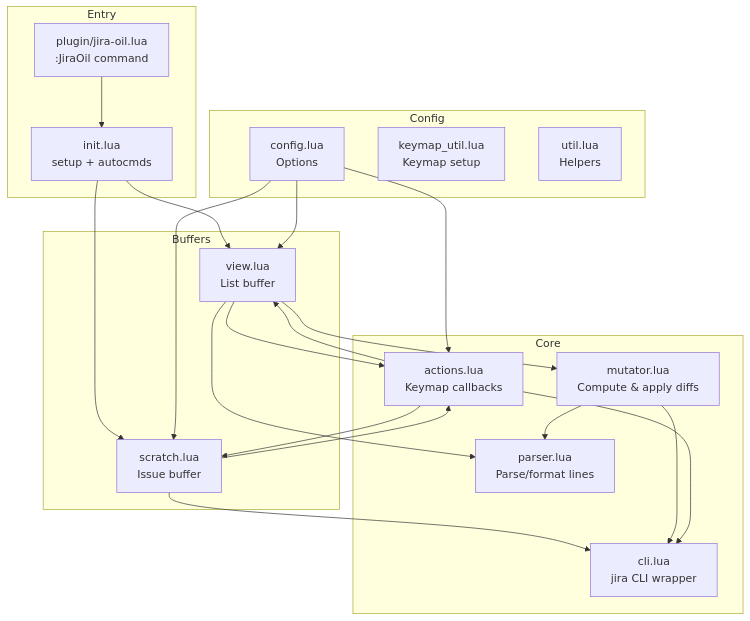
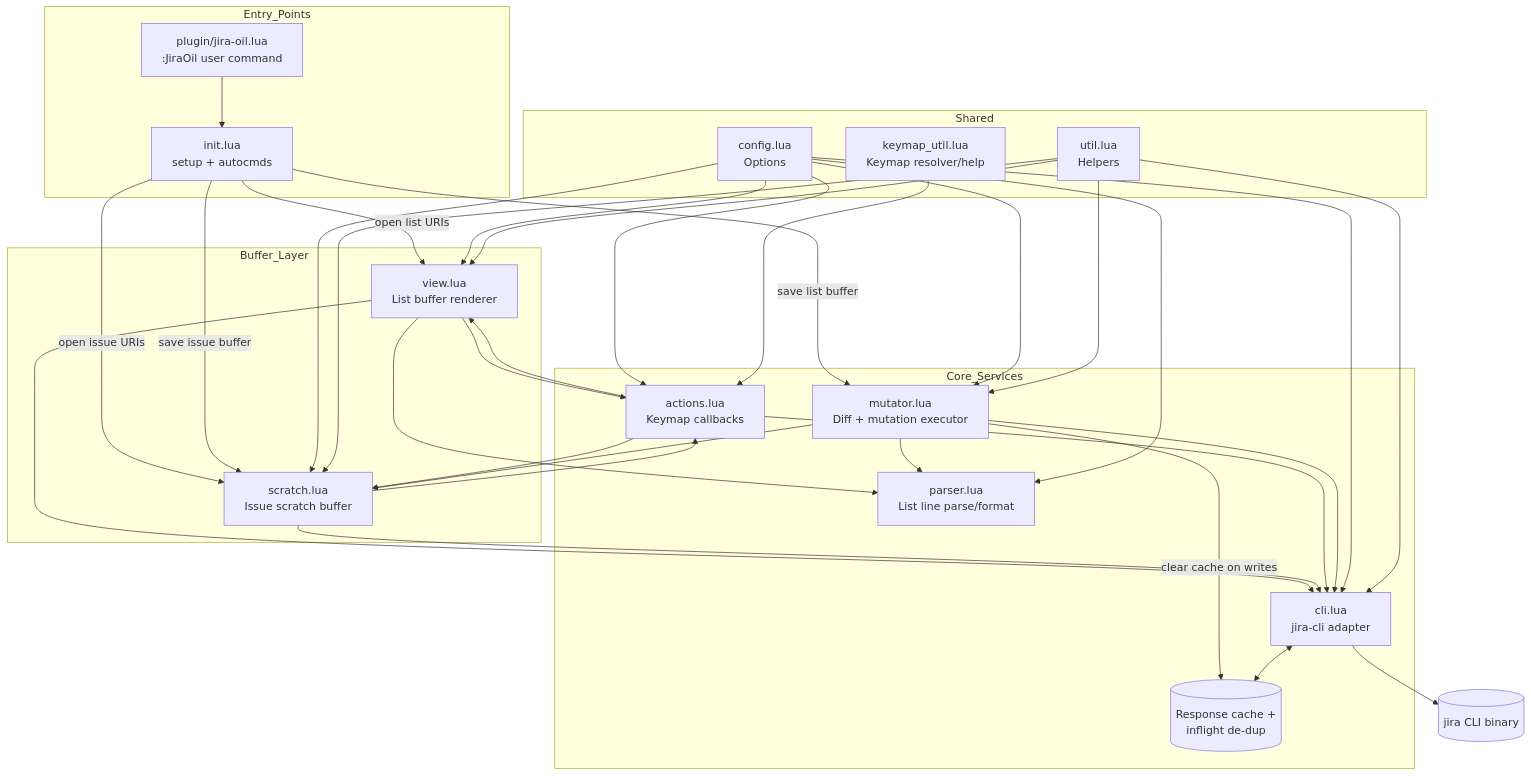
The diagram in README.md (sbulav/jira-oil.nvim), drawn with Mermaid before and after one commit.

Commit message:
docs(readme): rewrite architecture diagram and add cache data flow
Restructure the Mermaid architecture diagram into clearer layers and add explicit runtime paths for URI handling, save routing, jira-cli interaction, and cache invalidation. Include cache/inflight de-dup and external jira binary nodes to better reflect real module responsibilities.

````diff
--- a/README.md
+++ b/README.md
@@ -436,47 +436,66 @@
 ```mermaid
 flowchart TB
-    subgraph Entry
+    subgraph Entry_Points
+        cmd[plugin/jira-oil.lua<br/>:JiraOil user command]
         init[init.lua<br/>setup + autocmds]
-        cmd[plugin/jira-oil.lua<br/>:JiraOil command]
     end
 
-    subgraph Buffers
-        view[view.lua<br/>List buffer]
-        scratch[scratch.lua<br/>Issue buffer]
+    subgraph Buffer_Layer
+        view[view.lua<br/>List buffer renderer]
+        scratch[scratch.lua<br/>Issue scratch buffer]
     end
 
-    subgraph Core
-        parser[parser.lua<br/>Parse/format lines]
-        mutator[mutator.lua<br/>Compute & apply diffs]
-        cli[cli.lua<br/>jira CLI wrapper]
+    subgraph Core_Services
         actions[actions.lua<br/>Keymap callbacks]
+        mutator[mutator.lua<br/>Diff + mutation executor]
+        parser[parser.lua<br/>List line parse/format]
+        cli[cli.lua<br/>jira-cli adapter]
+        cache[(Response cache +<br/>inflight de-dup)]
     end
 
-    subgraph Config
+    subgraph Shared
         config[config.lua<br/>Options]
-        keymap_util[keymap_util.lua<br/>Keymap setup]
+        keymap_util[keymap_util.lua<br/>Keymap resolver/help]
         util[util.lua<br/>Helpers]
     end
 
+    jira[(jira CLI binary)]
+
     cmd --> init
-    init --> view
-    init --> scratch
+    init -->|open list URIs| view
+    init -->|open issue URIs| scratch
+    init -->|save list buffer| mutator
+    init -->|save issue buffer| scratch
     
     view --> parser
-    view --> mutator
     view --> actions
+    view --> cli
     
+    scratch --> actions
     scratch --> cli
-    scratch --> actions
     
-    mutator --> cli
-    mutator --> parser
-    
-    actions --> cli
     actions --> view
     actions --> scratch
+    actions --> cli
+
+    mutator --> parser
+    mutator --> cli
+    mutator --> scratch
+    mutator -->|clear cache on writes| cache
     
+    cli <--> cache
+    cli --> jira
+    
+    config --> cli
+    config --> mutator
     config --> view
     config --> scratch
     config --> actions
+    config --> parser
+    keymap_util --> actions
+
+    util --> view
+    util --> scratch
+    util --> mutator
+    util --> cli
 ```
````
